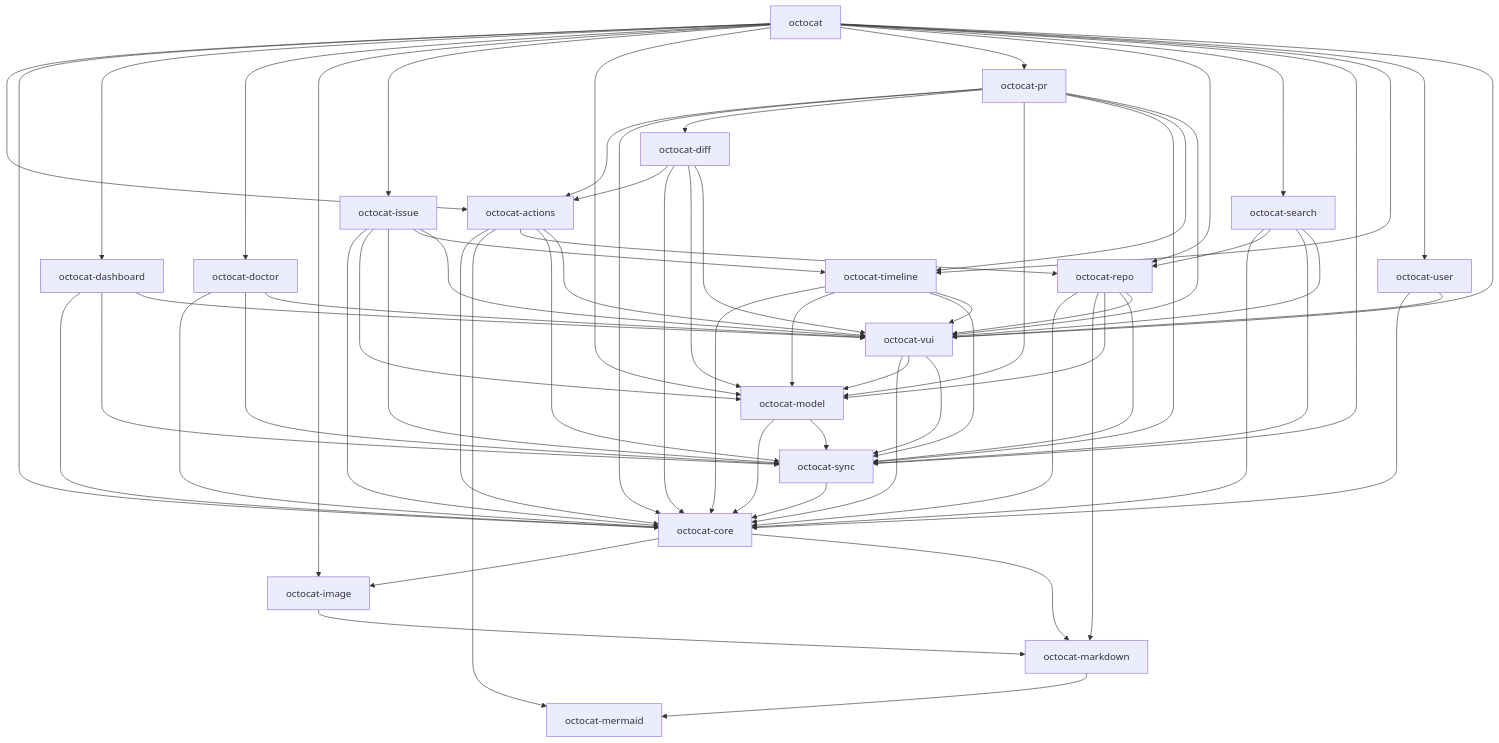
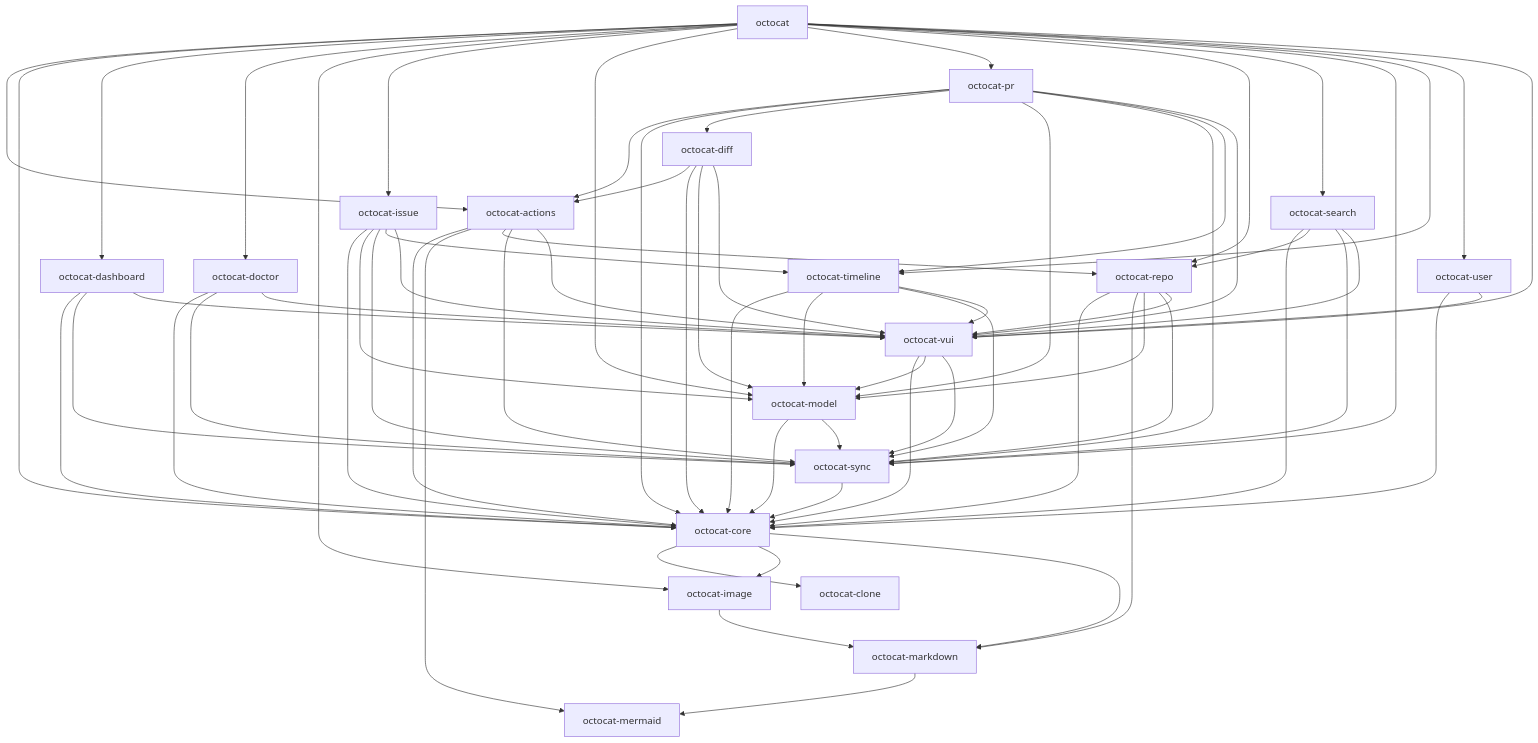
Before and after one commit to razzmatazz/octocat.el: the first of 2 diagrams in docs/architecture.md, drawn with Mermaid. The commit also changed other lines of this file and 15 other files, not shown here.

````diff
--- a/docs/architecture.md
+++ b/docs/architecture.md
@@ -75,6 +79,7 @@
 ```mermaid
 flowchart TD
   octocat_actions[octocat-actions]
+  octocat_clone[octocat-clone]
   octocat_core[octocat-core]
   octocat_dashboard[octocat-dashboard]
   octocat_diff[octocat-diff]
@@ -97,6 +102,7 @@
   octocat_actions --> octocat_repo
   octocat_actions --> octocat_sync
   octocat_actions --> octocat_vui
+  octocat_core --> octocat_clone
   octocat_core --> octocat_image
   octocat_core --> octocat_markdown
   octocat_dashboard --> octocat_core
````
